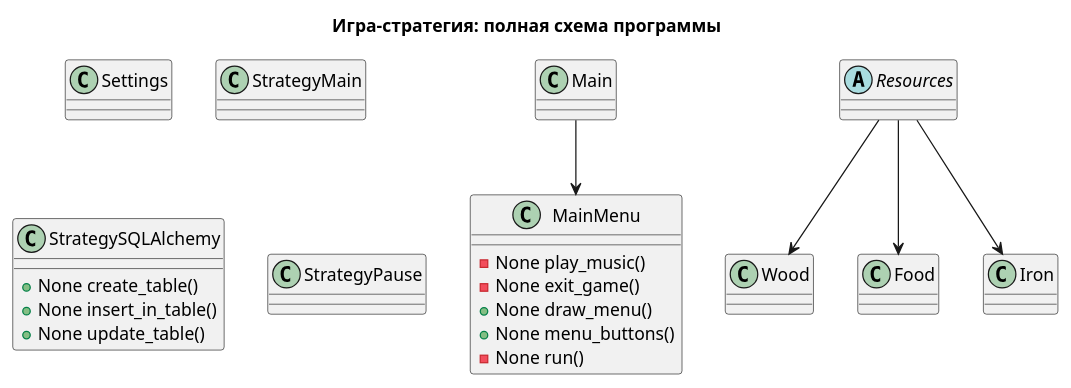
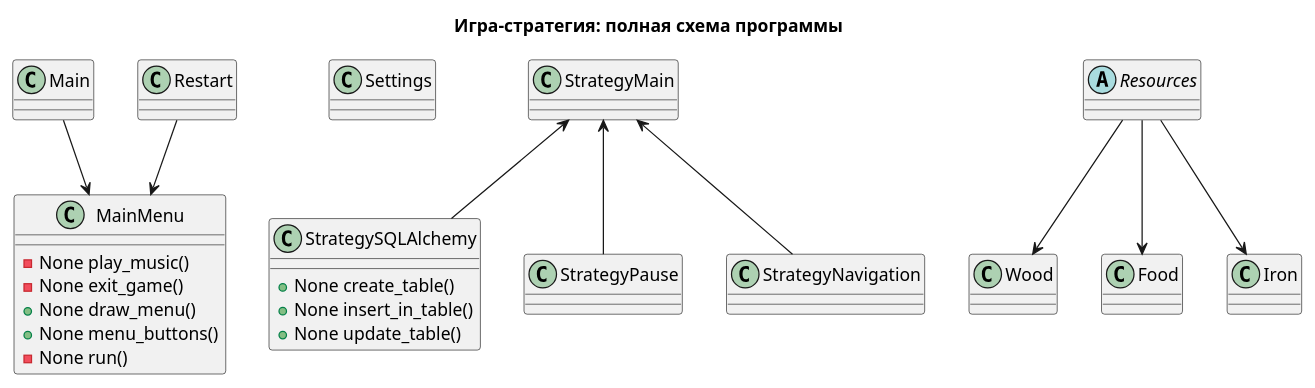
The diagram in diagram.pu (bulaseregprogramist/Strategia), drawn with PlantUML before and after one commit. The commit also changed 38 other files, not shown here.

```diff
--- a/diagram.pu
+++ b/diagram.pu
@@ -1,40 +1,55 @@
 @startuml "Strategy game"
 
 
 title "Игра-стратегия: полная схема программы"
 
 class Main
 
 class MainMenu {
     - None play_music()
     - None exit_game()
     + None draw_menu()
     + None menu_buttons()
     - None run()
 }
 
 class Settings {
 
 }
 
 class StrategyMain {
 
 }
 
 class StrategySQLAlchemy {
     + None create_table()
     + None insert_in_table()
     + None update_table()
 }
 
 class StrategyPause {
 
 }
 
+class StrategyNavigation {
+
+}
+
+class Restart {
+
+}
+
 abstract Resources
+
 Resources --> Wood
 Resources --> Food
 Resources --> Iron
 
+Restart --> MainMenu
 Main --> MainMenu
+
+StrategyMain <-- StrategyNavigation
+StrategyMain <-- StrategyPause
+StrategyMain <-- StrategySQLAlchemy
+
 @enduml
```
